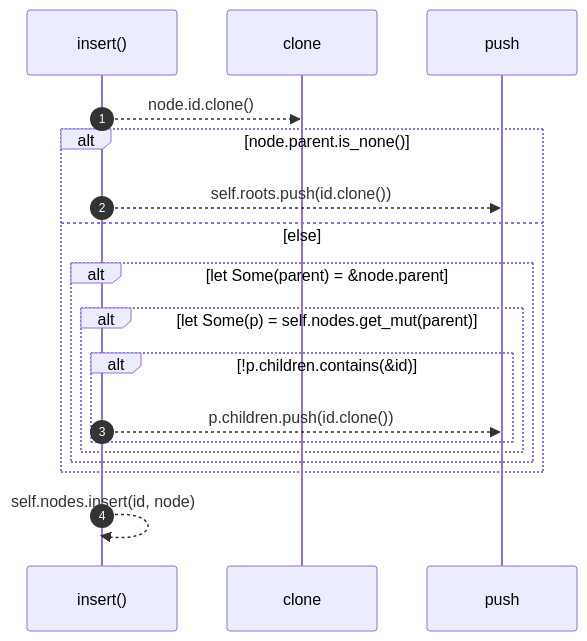
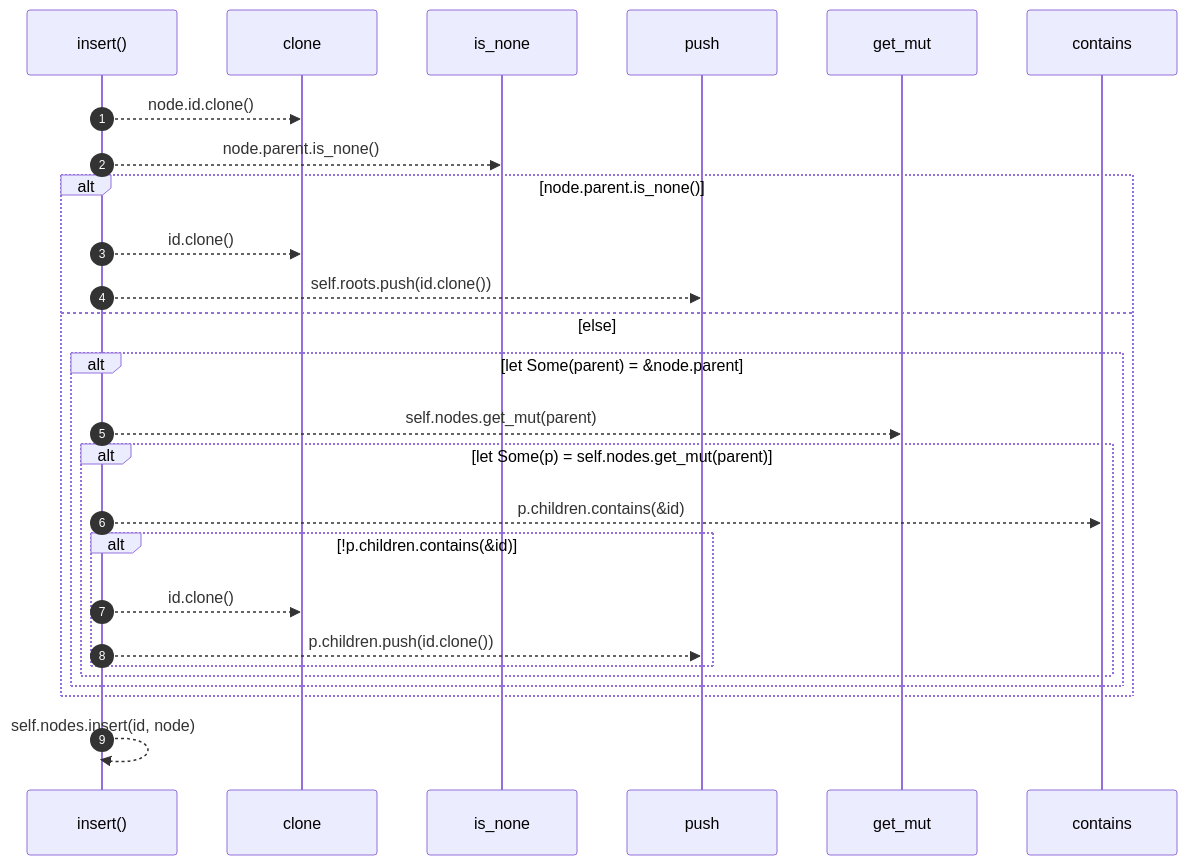
One commit to RyanGuild/self-describing-code changed the fourth of 8 diagrams in docs/self-model/robby_ir/model/impl-document.md. Above: the diagram before and after it, drawn with Mermaid. The commit also changed other lines of this file and 1404 other files, not shown here.

````diff
--- a/docs/self-model/robby_ir/model/impl-document.md
+++ b/docs/self-model/robby_ir/model/impl-document.md
@@ -195,20 +394,28 @@
 ```mermaid
 sequenceDiagram
     autonumber
     participant insert as insert()
     participant clone as clone
+    participant is_none as is_none
     participant push as push
+    participant get_mut as get_mut
+    participant contains as contains
     insert-->>clone: node.id.clone()
+    insert-->>is_none: node.parent.is_none()
     alt node.parent.is_none()
+    insert-->>clone: id.clone()
     insert-->>push: self.roots.push(id.clone())
     else else
     alt let Some(parent) = &node.parent
+    insert-->>get_mut: self.nodes.get_mut(parent)
     alt let Some(p) = self.nodes.get_mut(parent)
+    insert-->>contains: p.children.contains(&id)
     alt !p.children.contains(&id)
+    insert-->>clone: id.clone()
     insert-->>push: p.children.push(id.clone())
     end
     end
     end
     end
     insert-->>insert: self.nodes.insert(id, node)
 ```
````
